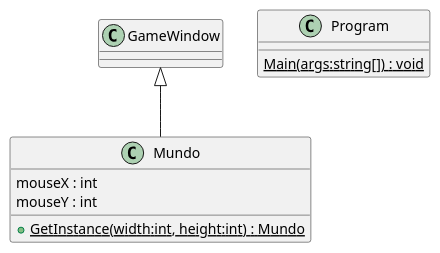
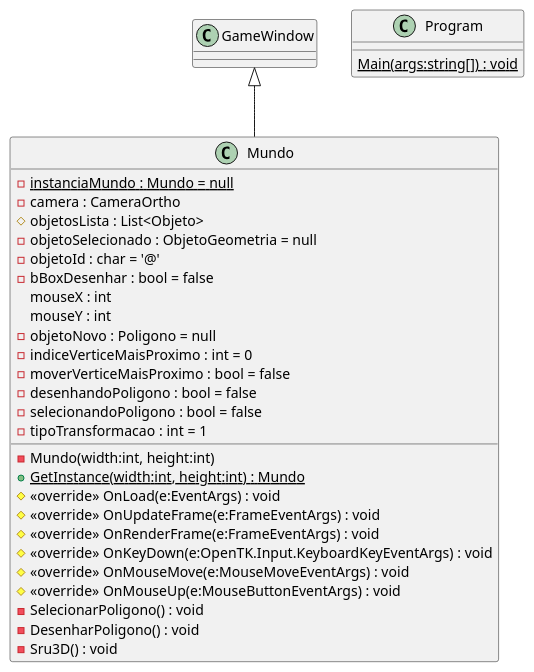
Before and after one commit to GCG-FURB/disciplinaCg_2020-2_not_equipe-01: the diagram in unidade_3/CG_N3/plantuml/Mundo.puml, drawn with PlantUML. The commit also changed 14 other files, not shown here.

Commit message:
Diagrama

```diff
--- a/unidade_3/CG_N3/plantuml/Mundo.puml
+++ b/unidade_3/CG_N3/plantuml/Mundo.puml
@@ -1,11 +1,33 @@
 @startuml
 class Mundo {
+    - {static} instanciaMundo : Mundo = null
+    - Mundo(width:int, height:int)
     + {static} GetInstance(width:int, height:int) : Mundo
+    - camera : CameraOrtho
+    # objetosLista : List<Objeto>
+    - objetoSelecionado : ObjetoGeometria = null
+    - objetoId : char = '@'
+    - bBoxDesenhar : bool = false
     mouseX : int
     mouseY : int
+    - objetoNovo : Poligono = null
+    - indiceVerticeMaisProximo : int = 0
+    - moverVerticeMaisProximo : bool = false
+    - desenhandoPoligono : bool = false
+    - selecionandoPoligono : bool = false
+    - tipoTransformacao : int = 1
+    # <<override>> OnLoad(e:EventArgs) : void
+    # <<override>> OnUpdateFrame(e:FrameEventArgs) : void
+    # <<override>> OnRenderFrame(e:FrameEventArgs) : void
+    # <<override>> OnKeyDown(e:OpenTK.Input.KeyboardKeyEventArgs) : void
+    # <<override>> OnMouseMove(e:MouseMoveEventArgs) : void
+    # <<override>> OnMouseUp(e:MouseButtonEventArgs) : void
+    - SelecionarPoligono() : void
+    - DesenharPoligono() : void
+    - Sru3D() : void
 }
 class Program {
     {static} Main(args:string[]) : void
 }
 GameWindow <|-- Mundo
 @enduml
```
